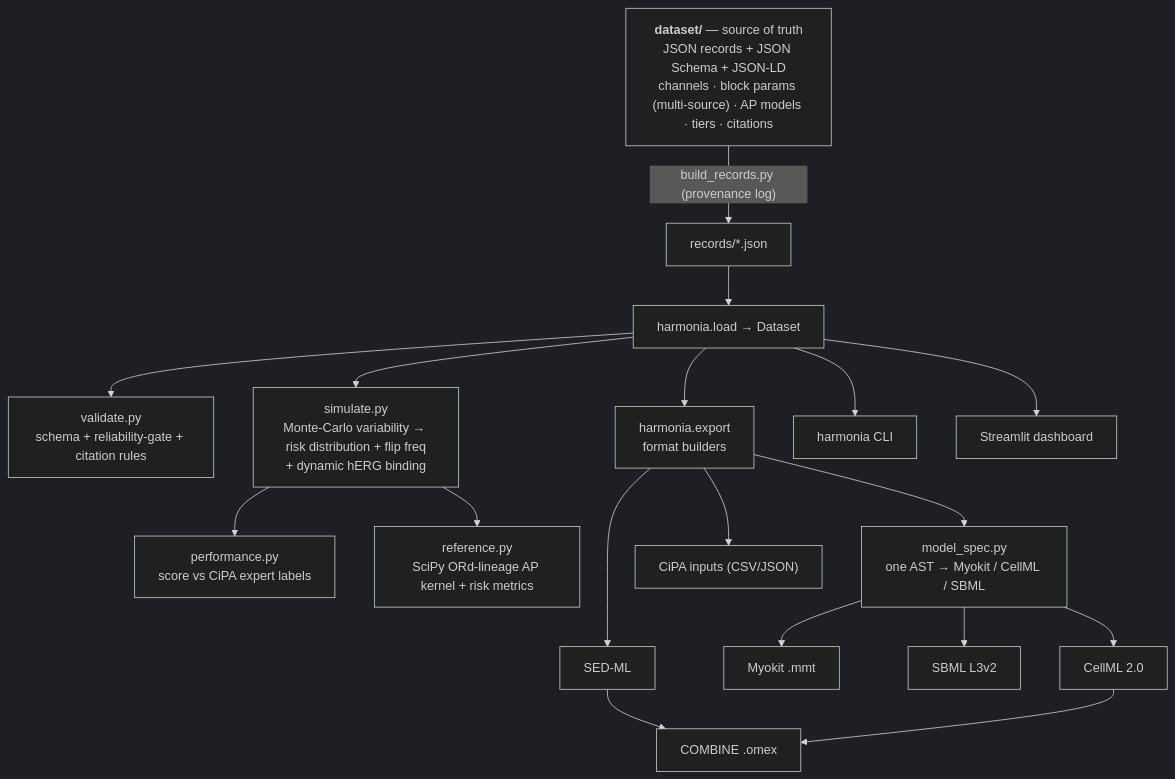
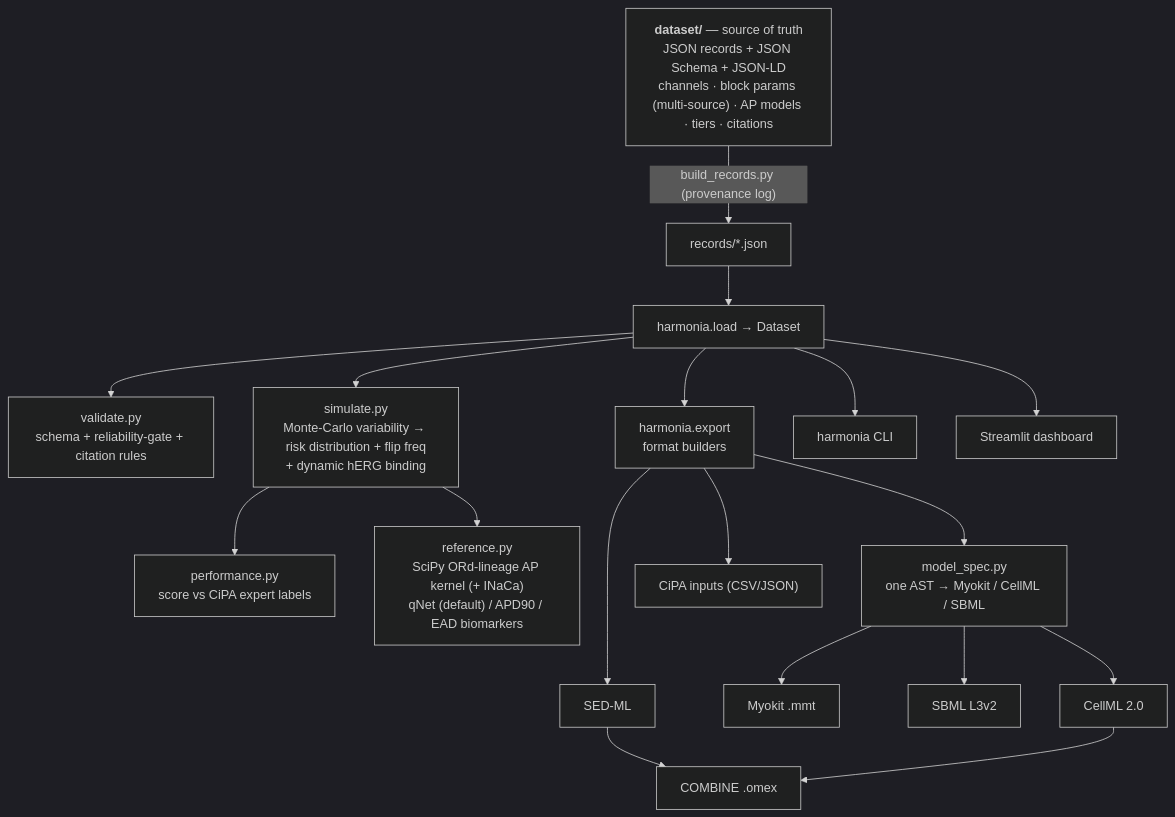
One commit to clay-good/harmonia changed the diagram in README.md. Above: the diagram before and after it, drawn with Mermaid (dark theme). The commit also changed other lines of this file and 31 other files, not shown here.

````diff
--- a/README.md
+++ b/README.md
@@ -121,20 +124,20 @@
 ```mermaid
 flowchart TD
     DS["<b>dataset/</b> — source of truth<br/>JSON records + JSON Schema + JSON-LD<br/>channels · block params (multi-source) · AP models · tiers · citations"]
     DS -->|"build_records.py (provenance log)"| REC["records/*.json"]
     REC --> LOAD["harmonia.load → Dataset"]
     LOAD --> VAL["validate.py<br/>schema + reliability-gate + citation rules"]
     LOAD --> SIM["simulate.py<br/>Monte-Carlo variability → risk distribution + flip freq<br/>+ dynamic hERG binding"]
     LOAD --> EXP["harmonia.export<br/>format builders"]
     SIM --> PERF["performance.py<br/>score vs CiPA expert labels"]
-    SIM --> REF["reference.py<br/>SciPy ORd-lineage AP kernel + risk metrics"]
+    SIM --> REF["reference.py<br/>SciPy ORd-lineage AP kernel (+ INaCa)<br/>qNet (default) / APD90 / EAD biomarkers"]
     EXP --> SPEC["model_spec.py<br/>one AST → Myokit / CellML / SBML"]
     SPEC --> CELLML["CellML 2.0"]
     SPEC --> MYOKIT["Myokit .mmt"]
     SPEC --> SBML["SBML L3v2"]
     EXP --> CIPA["CiPA inputs (CSV/JSON)"]
     EXP --> SEDML["SED-ML"] --> OMEX["COMBINE .omex"]
     CELLML --> OMEX
     LOAD --> CLI["harmonia CLI"]
     LOAD --> DASH["Streamlit dashboard"]
 ```
````
